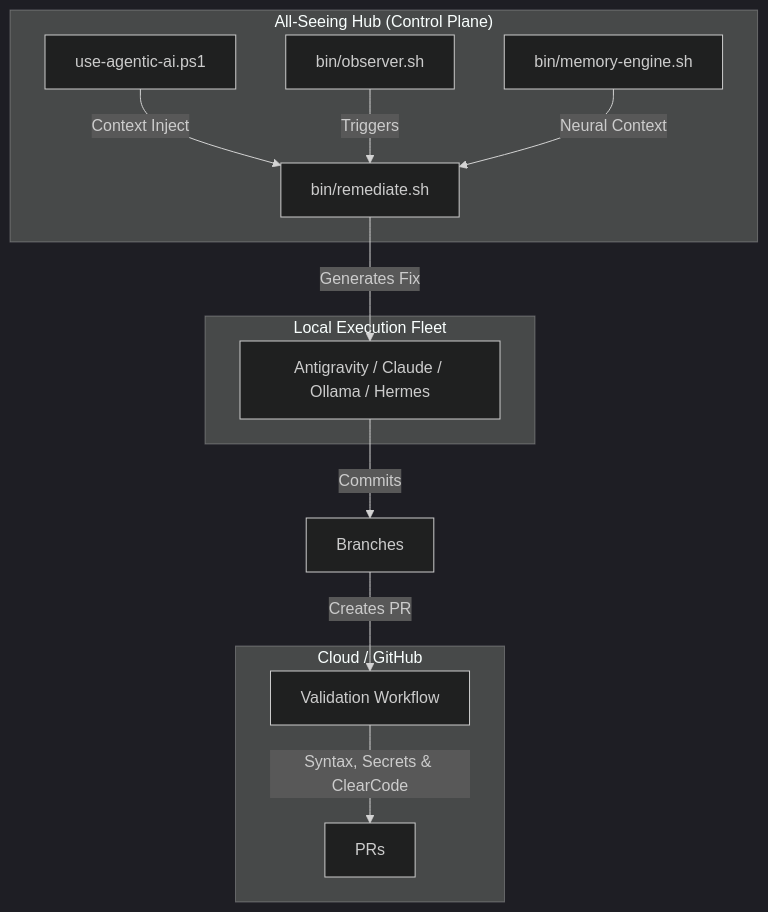
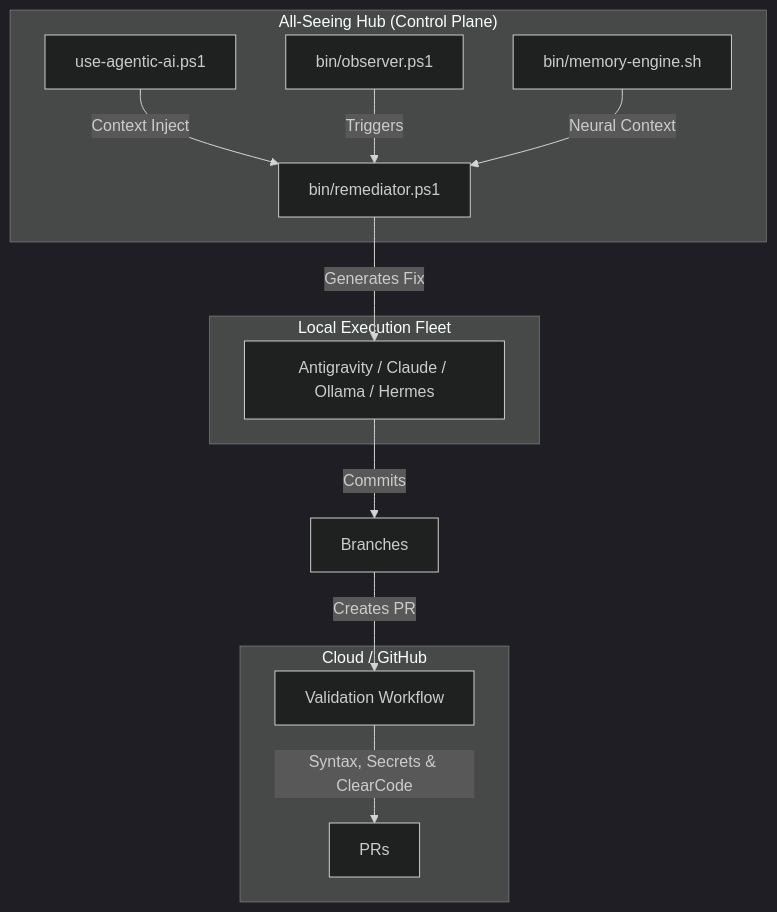
Before and after one commit to tosudip369/agentic-devops-hub: the diagram in README.md, drawn with Mermaid (dark theme). The commit also changed other lines of this file and 12 other files, not shown here.

Commit message:
feat: v4.0.0 Architecture overhaul (Event-Driven, Pure PS, Hub Daemon)

````diff
--- a/README.md
+++ b/README.md
@@ -38,22 +38,22 @@
 ```mermaid
 graph TD
     subgraph "Cloud / GitHub"
         Actions["Validation Workflow"]
         Actions --> |Syntax, Secrets & ClearCode| PRs
     end
     subgraph "All-Seeing Hub (Control Plane)"
         Builder["use-agentic-ai.ps1"]
-        Observer["bin/observer.sh"]
+        Observer["bin/observer.ps1"]
         Memory["bin/memory-engine.sh"]
         Builder --> |Context Inject| Remediator
         Observer --> |Triggers| Remediator
         Memory --> |Neural Context| Remediator
     end
     subgraph "Local Execution Fleet"
-        Remediator["bin/remediate.sh"]
+        Remediator["bin/remediator.ps1"]
         AGY["Antigravity / Claude / Ollama / Hermes"]
     end
     Remediator --> |Generates Fix| AGY
     AGY --> |Commits| Branches
     Branches --> |Creates PR| Actions
 ```
````
